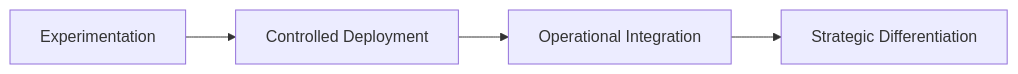
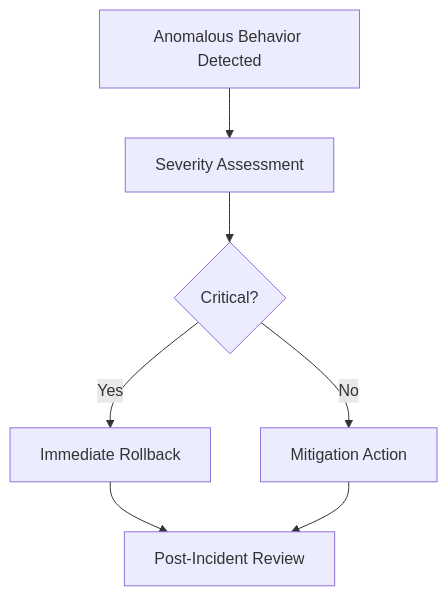
The fourth of 4 diagrams in docusaurus/docs/part-4/chapter-15.md (m-rizqinovniari/agentic-handbook), drawn with Mermaid before and after one commit. The commit also changed other lines of this file and 19 other files, not shown here.

````diff
--- a/docusaurus/docs/part-4/chapter-15.md
+++ b/docusaurus/docs/part-4/chapter-15.md
@@ -281,6 +248,9 @@
 ```mermaid
-flowchart LR
-    A[Experimentation] --> B[Controlled Deployment]
-    B --> C[Operational Integration]
-    C --> D[Strategic Differentiation]
+flowchart TD
+    A[Anomalous Behavior Detected] --> B[Severity Assessment]
+    B --> C{Critical?}
+    C -->|Yes| D[Immediate Rollback]
+    C -->|No| E[Mitigation Action]
+    D --> F[Post-Incident Review]
+    E --> F
 ```
````
